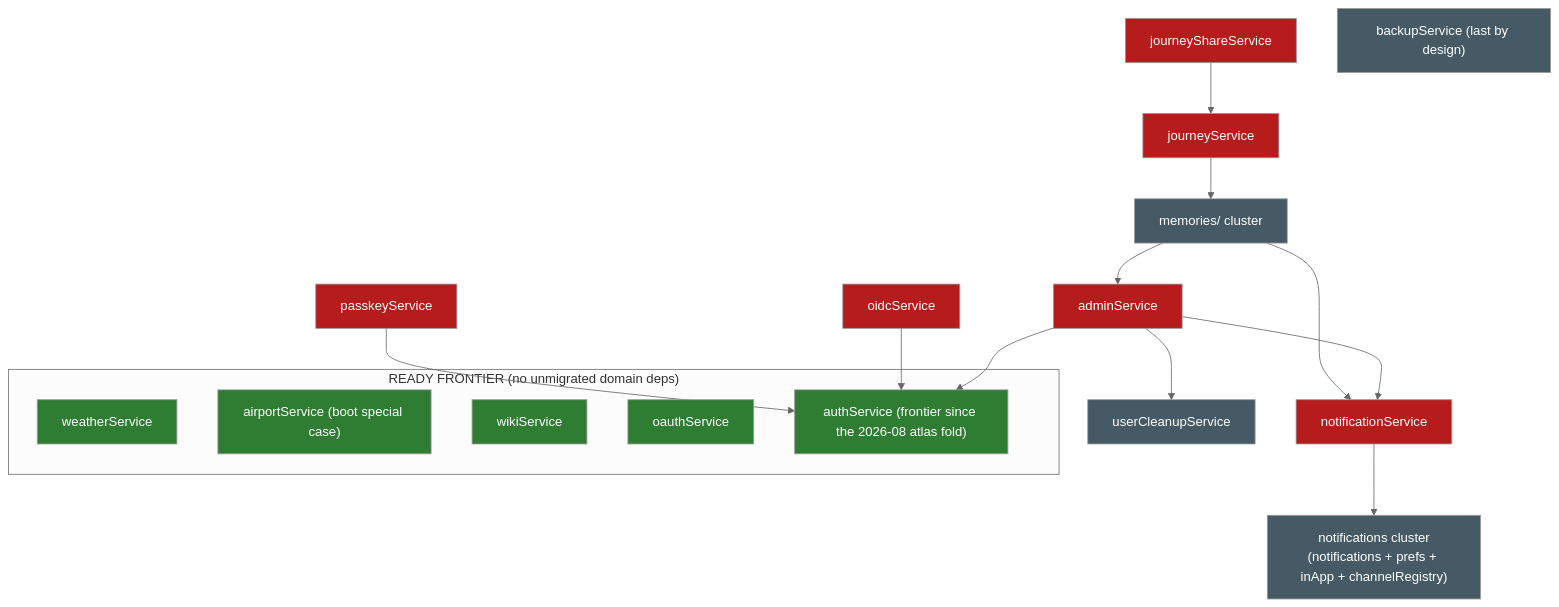
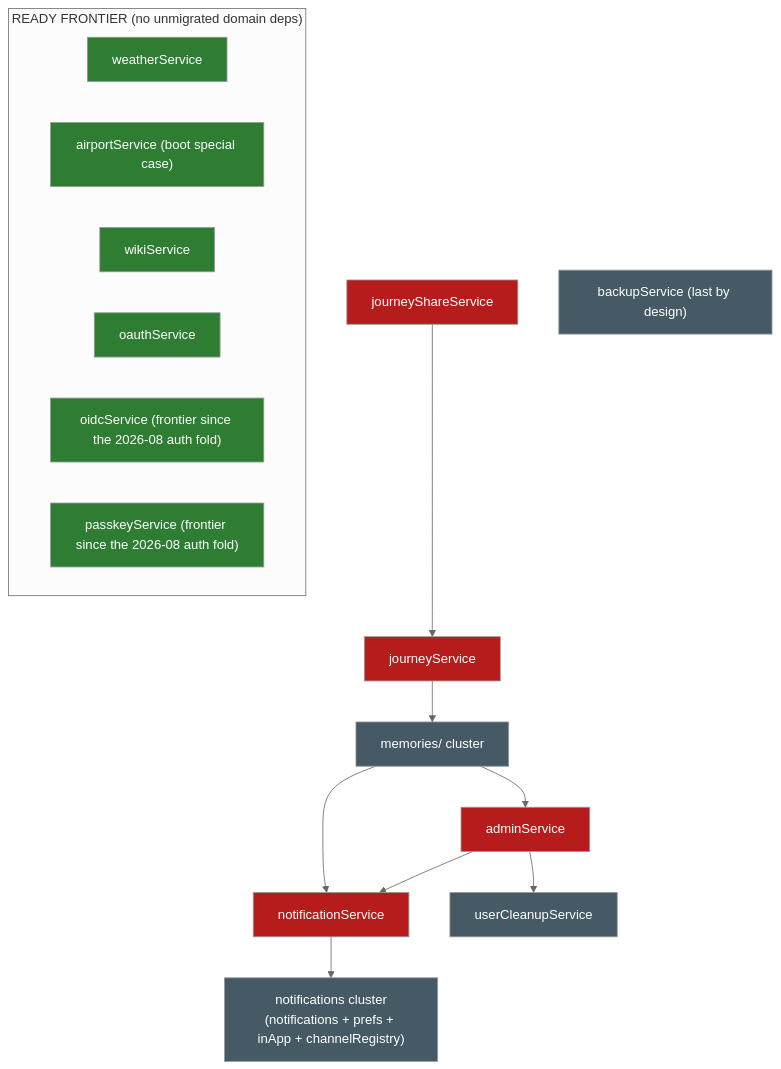
Before and after one commit to BeInLife/TREK: the diagram in migration-graph.md, drawn with Mermaid (neutral theme). The commit also changed other lines of this file, not shown here.

First line of the commit message:
docs: regenerate migration-graph after the auth fold

````diff
--- a/migration-graph.md
+++ b/migration-graph.md
@@ -228,34 +291,31 @@
 ```mermaid
 flowchart TD
   classDef ready fill:#2e7d32,color:#fff
   classDef blocked fill:#b71c1c,color:#fff
   classDef hub fill:#e65100,color:#fff
   classDef infra fill:#455a64,color:#fff
 
   subgraph frontier["READY FRONTIER (no unmigrated domain deps)"]
     weather[weatherService]:::ready
     airport["airportService (boot special case)"]:::ready
     wiki[wikiService]:::ready
     oauth[oauthService]:::ready
-    auth["authService (frontier since the 2026-08 atlas fold)"]:::ready
+    oidc["oidcService (frontier since the 2026-08 auth fold)"]:::ready
+    passkey["passkeyService (frontier since the 2026-08 auth fold)"]:::ready
   end
 
   notifSvc[notificationService]:::blocked
   admin[adminService]:::blocked
-  oidc[oidcService]:::blocked
-  passkey[passkeyService]:::blocked
   journey[journeyService]:::blocked
   journeyShare[journeyShareService]:::blocked
   backup["backupService (last by design)"]:::infra
   notifCluster["notifications cluster<br/>(notifications + prefs + inApp + channelRegistry)"]:::infra
   memories["memories/ cluster"]:::infra
   cleanup[userCleanupService]:::infra
 
   notifSvc --> notifCluster
-  admin --> auth & notifSvc & cleanup
-  oidc --> auth
-  passkey --> auth
+  admin --> notifSvc & cleanup
   journey --> memories
   journeyShare --> journey
   memories --> notifSvc & admin
 ```
````
